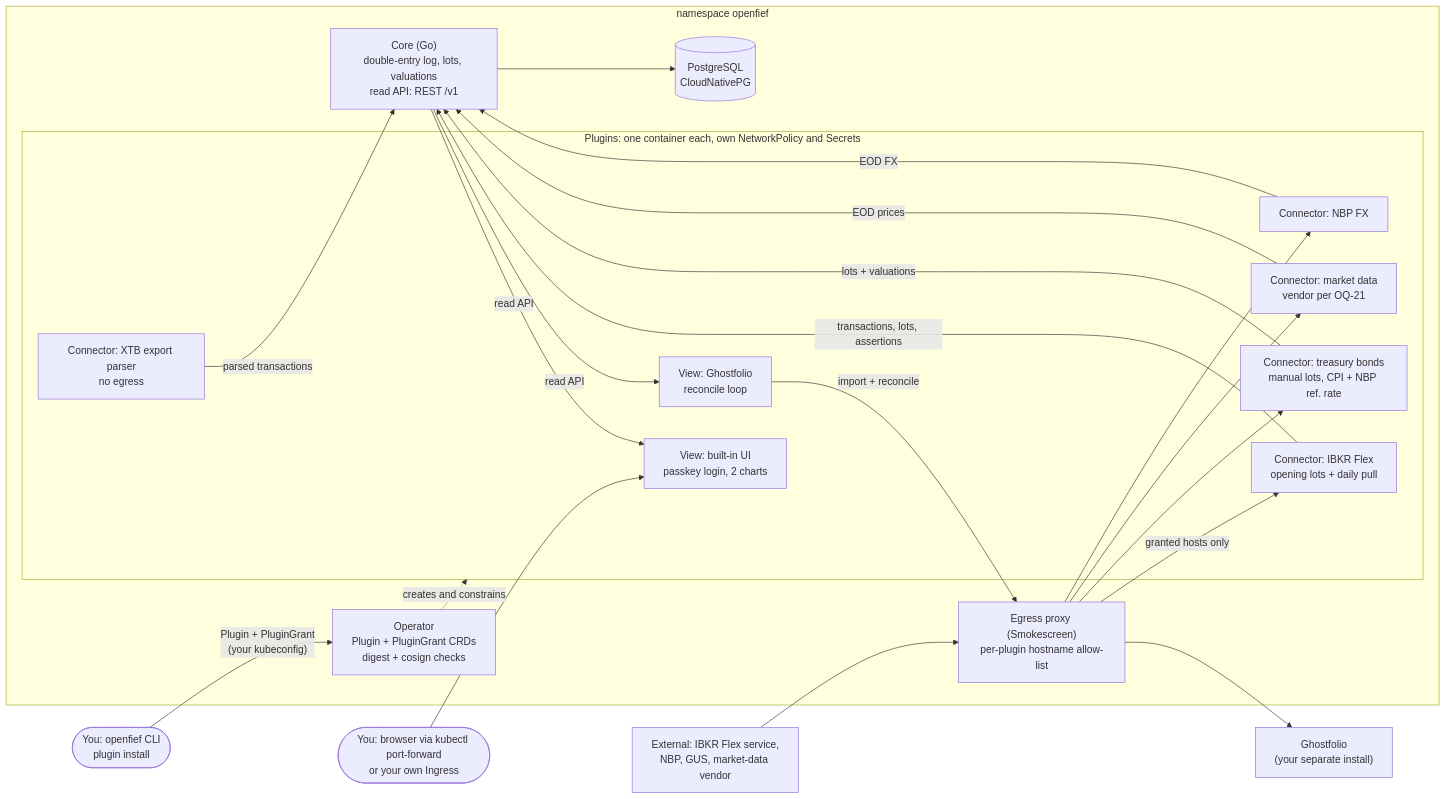
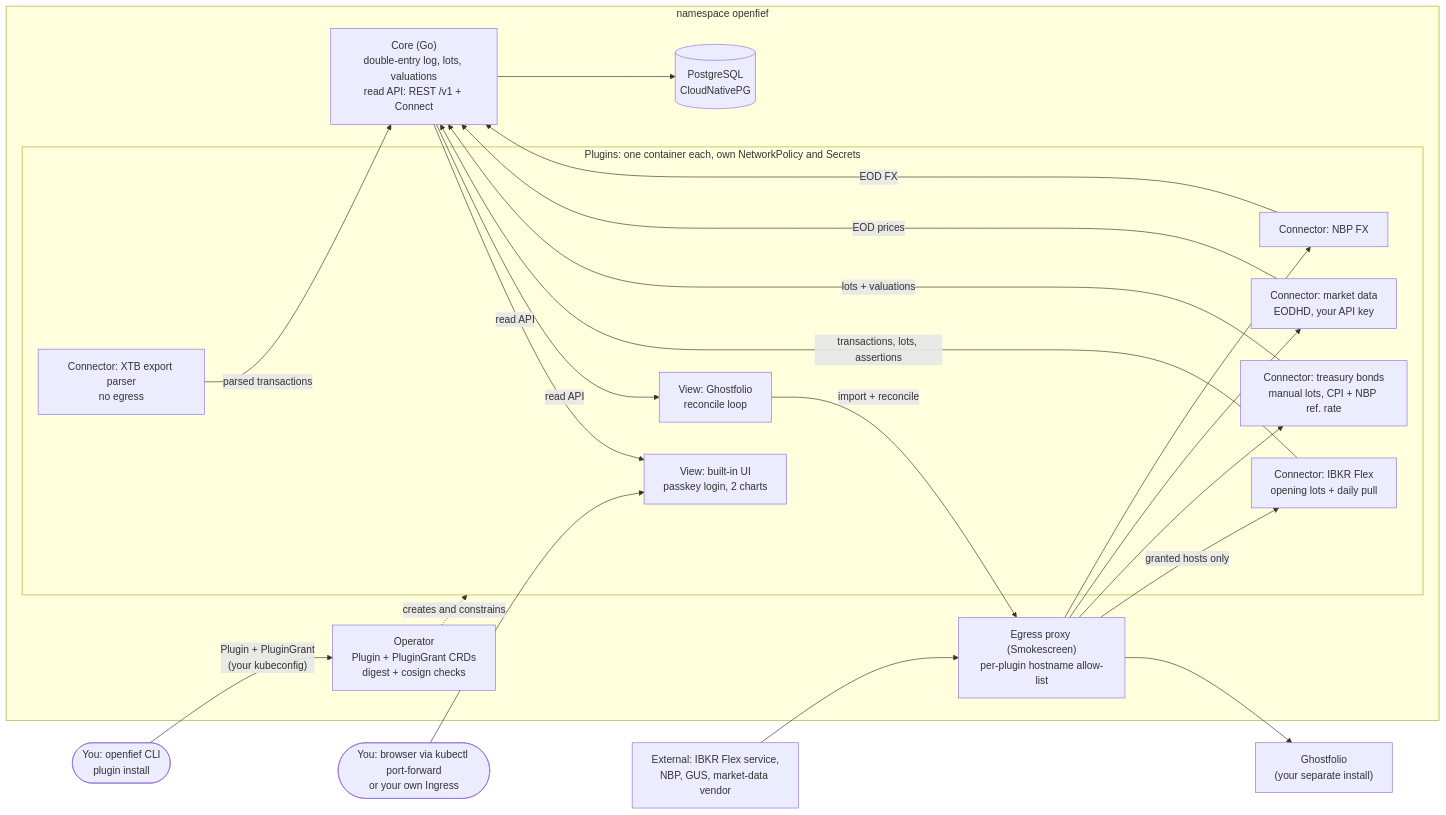
The first of 2 diagrams in docs/DESIGN.md (arkadiuss/openfief), drawn with Mermaid before and after one commit. The commit also changed other lines of this file and 68 other files, not shown here.

````diff
--- a/docs/DESIGN.md
+++ b/docs/DESIGN.md
@@ -48,43 +48,43 @@
 ```mermaid
 flowchart LR
   you(["You: browser via kubectl port-forward<br/>or your own Ingress"])
   cli(["You: openfief CLI<br/>plugin install"])
 
   subgraph ns["namespace openfief"]
     op["Operator<br/>Plugin + PluginGrant CRDs<br/>digest + cosign checks"]
-    core["Core (Go)<br/>double-entry log, lots, valuations<br/>read API: REST /v1"]
+    core["Core (Go)<br/>double-entry log, lots, valuations<br/>read API: REST /v1 + Connect"]
     pg[("PostgreSQL<br/>CloudNativePG")]
     egress["Egress proxy (Smokescreen)<br/>per-plugin hostname allow-list"]
     subgraph plugins["Plugins: one container each, own NetworkPolicy and Secrets"]
       ui["View: built-in UI<br/>passkey login, 2 charts"]
       gfp["View: Ghostfolio<br/>reconcile loop"]
       ibkr["Connector: IBKR Flex<br/>opening lots + daily pull"]
       xtb["Connector: XTB export parser<br/>no egress"]
       bonds["Connector: treasury bonds<br/>manual lots, CPI + NBP ref. rate"]
-      md["Connector: market data<br/>vendor per OQ-21"]
+      md["Connector: market data<br/>EODHD, your API key"]
       nbp["Connector: NBP FX"]
     end
   end
 
   gf["Ghostfolio<br/>(your separate install)"]
   ext["External: IBKR Flex service,<br/>NBP, GUS, market-data vendor"]
 
   cli -- "Plugin + PluginGrant<br/>(your kubeconfig)" --> op
   op -. "creates and constrains" .-> plugins
   core --> pg
   you --> ui
   core -- "read API" --> ui
   core -- "read API" --> gfp
   gfp -- "import + reconcile" --> egress
   egress --> gf
   ibkr -- "transactions, lots, assertions" --> core
   xtb -- "parsed transactions" --> core
   bonds -- "lots + valuations" --> core
   md -- "EOD prices" --> core
   nbp -- "EOD FX" --> core
   ext --> egress
   egress -- "granted hosts only" --> ibkr
   egress --> bonds
   egress --> md
   egress --> nbp
 ```
````
